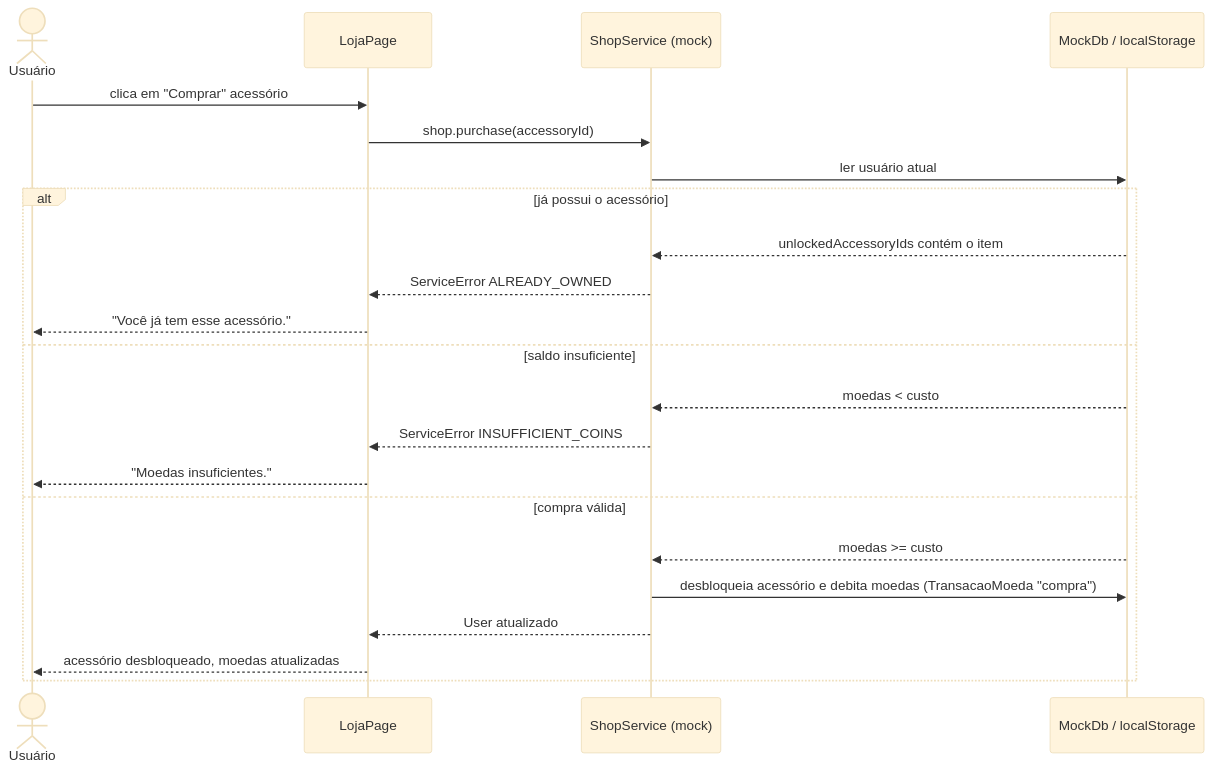
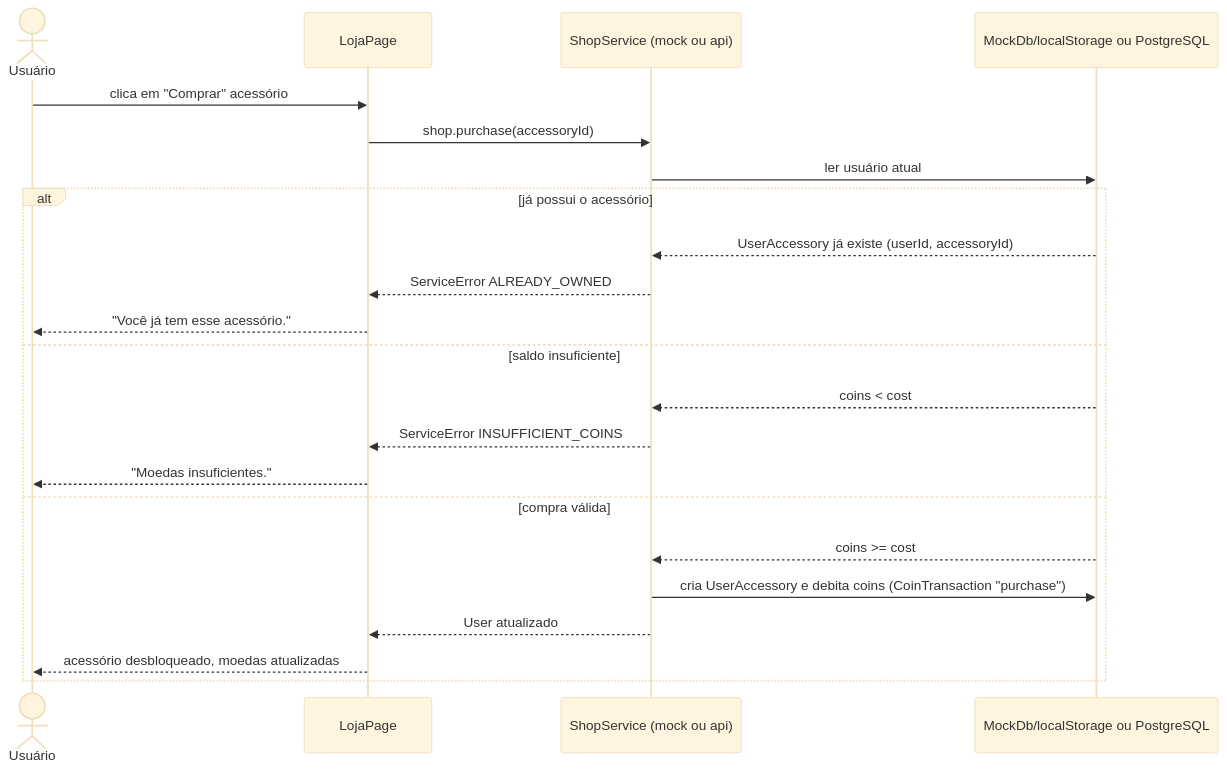
The sixth of 11 diagrams in docs/04-modelagem-uml.md (lucvs07/dot-study), drawn with Mermaid (base theme) before and after one commit. The commit also changed other lines of this file and 3 other files, not shown here.

Commit message:
docs: atualizar requisitos, escopo, UML e jornada para a versão final

````diff
--- a/docs/04-modelagem-uml.md
+++ b/docs/04-modelagem-uml.md
@@ -216,25 +342,25 @@
 ```mermaid
 sequenceDiagram
     actor U as Usuário
     participant LJ as LojaPage
-    participant Svc as ShopService (mock)
-    participant DB as MockDb / localStorage
+    participant Svc as ShopService (mock ou api)
+    participant DB as MockDb/localStorage ou PostgreSQL
 
     U ->> LJ: clica em "Comprar" acessório
     LJ ->> Svc: shop.purchase(accessoryId)
     Svc ->> DB: ler usuário atual
     alt já possui o acessório
-        DB -->> Svc: unlockedAccessoryIds contém o item
+        DB -->> Svc: UserAccessory já existe (userId, accessoryId)
         Svc -->> LJ: ServiceError ALREADY_OWNED
         LJ -->> U: "Você já tem esse acessório."
     else saldo insuficiente
-        DB -->> Svc: moedas < custo
+        DB -->> Svc: coins < cost
         Svc -->> LJ: ServiceError INSUFFICIENT_COINS
         LJ -->> U: "Moedas insuficientes."
     else compra válida
-        DB -->> Svc: moedas >= custo
-        Svc ->> DB: desbloqueia acessório e debita moedas (TransacaoMoeda "compra")
+        DB -->> Svc: coins >= cost
+        Svc ->> DB: cria UserAccessory e debita coins (CoinTransaction "purchase")
         Svc -->> LJ: User atualizado
         LJ -->> U: acessório desbloqueado, moedas atualizadas
     end
 ```
````
